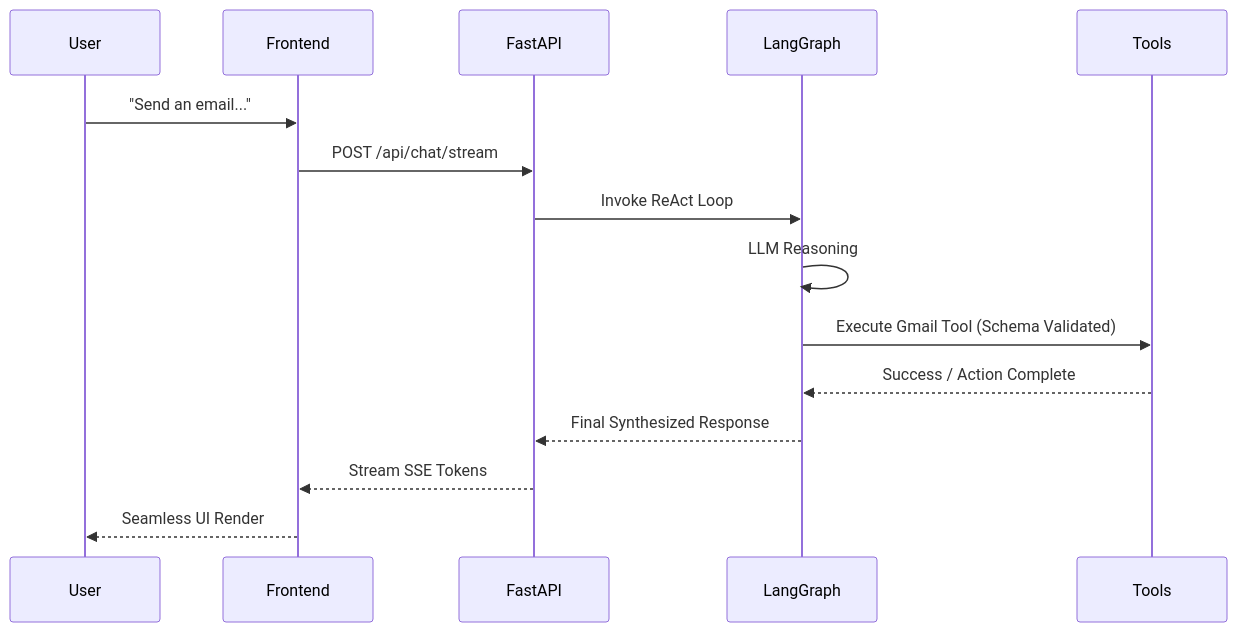
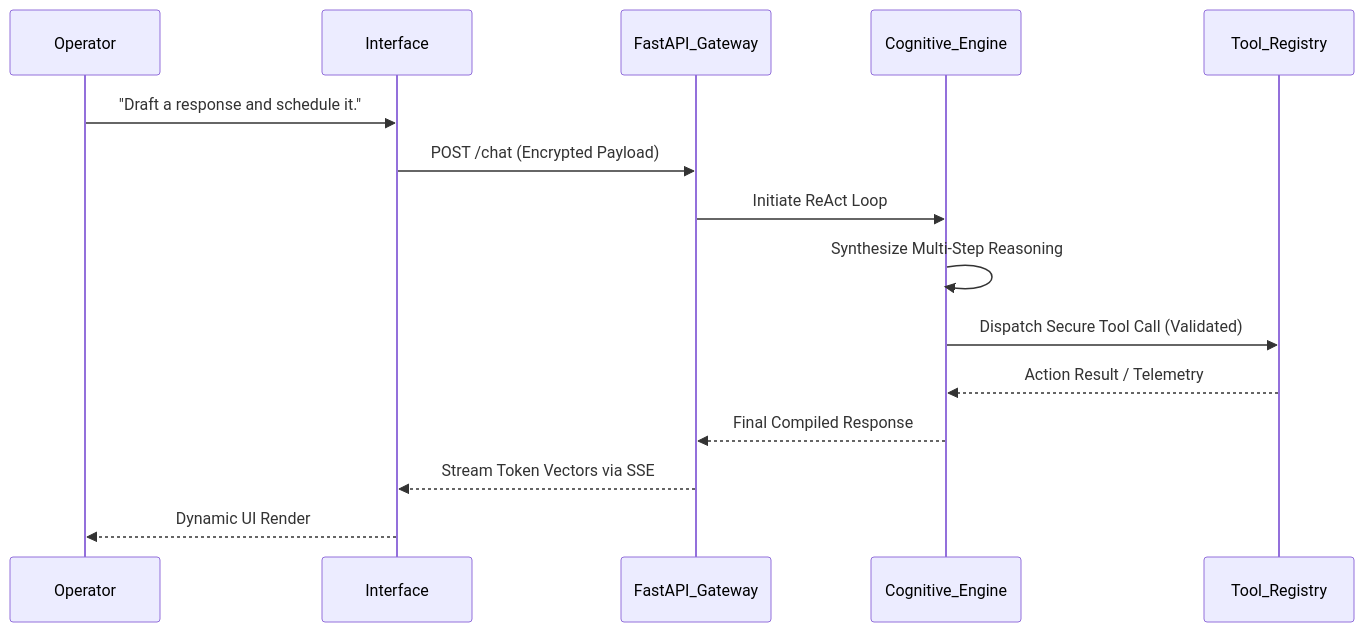
Before and after one commit to AdityaK05/AI_Lfe_OS: the second of 2 diagrams in README.md, drawn with Mermaid. The commit also changed other lines of this file, not shown here.

````diff
--- a/README.md
+++ b/README.md
@@ -60,18 +55,18 @@
 ```mermaid
 sequenceDiagram
-    participant User
-    participant Frontend
-    participant FastAPI
-    participant LangGraph
-    participant Tools
+    participant Operator
+    participant Interface
+    participant FastAPI_Gateway
+    participant Cognitive_Engine
+    participant Tool_Registry
     
-    User->>Frontend: "Send an email..."
-    Frontend->>FastAPI: POST /api/chat/stream
-    FastAPI->>LangGraph: Invoke ReAct Loop
-    LangGraph->>LangGraph: LLM Reasoning
-    LangGraph->>Tools: Execute Gmail Tool (Schema Validated)
-    Tools-->>LangGraph: Success / Action Complete
-    LangGraph-->>FastAPI: Final Synthesized Response
-    FastAPI-->>Frontend: Stream SSE Tokens
-    Frontend-->>User: Seamless UI Render
+    Operator->>Interface: "Draft a response and schedule it."
+    Interface->>FastAPI_Gateway: POST /chat (Encrypted Payload)
+    FastAPI_Gateway->>Cognitive_Engine: Initiate ReAct Loop
+    Cognitive_Engine->>Cognitive_Engine: Synthesize Multi-Step Reasoning
+    Cognitive_Engine->>Tool_Registry: Dispatch Secure Tool Call (Validated)
+    Tool_Registry-->>Cognitive_Engine: Action Result / Telemetry
+    Cognitive_Engine-->>FastAPI_Gateway: Final Compiled Response
+    FastAPI_Gateway-->>Interface: Stream Token Vectors via SSE
+    Interface-->>Operator: Dynamic UI Render
 ```
````
